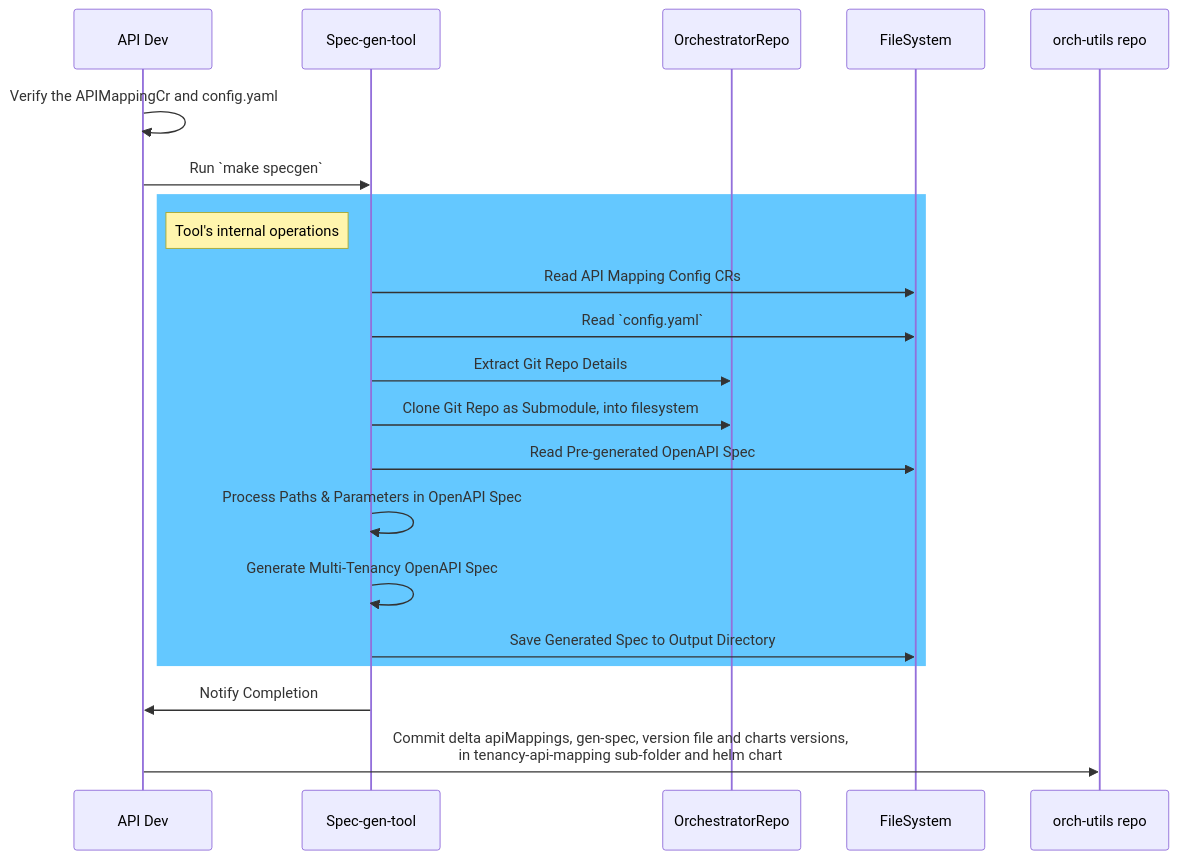
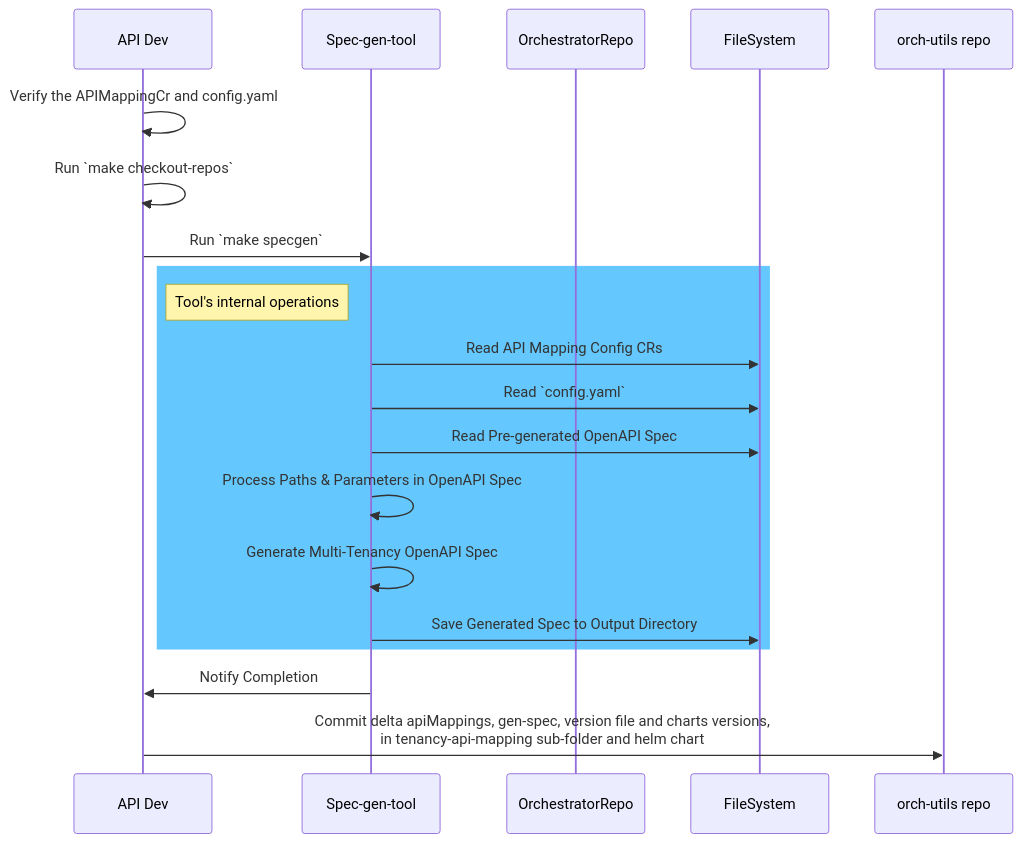
The diagram in tenancy-api-mapping/README.md (xmen4xp/orch-utils), drawn with Mermaid before and after one commit. The commit also changed other lines of this file and 43 other files, not shown here.

Commit message:
fix: change tenancy-api-mapping to use Makefile for git functionality (#100)

````diff
--- a/tenancy-api-mapping/README.md
+++ b/tenancy-api-mapping/README.md
@@ -139,25 +113,24 @@
 ```mermaid
 sequenceDiagram
     participant API Dev
     participant Spec-gen-tool
     participant OrchestratorRepo
     participant FileSystem
     participant orch-utils repo
 
     API Dev->>API Dev: Verify the APIMappingCr and config.yaml
+    API Dev->>API Dev: Run `make checkout-repos`
     API Dev->>Spec-gen-tool: Run `make specgen`
     rect rgb(100, 200, 255)
     note left of Spec-gen-tool: Tool's internal operations
       Spec-gen-tool->>FileSystem: Read API Mapping Config CRs
       Spec-gen-tool->>FileSystem: Read `config.yaml`
-      Spec-gen-tool->>OrchestratorRepo: Extract Git Repo Details
-      Spec-gen-tool->>OrchestratorRepo: Clone Git Repo as Submodule, into filesystem
       Spec-gen-tool->>FileSystem: Read Pre-generated OpenAPI Spec
       Spec-gen-tool->>Spec-gen-tool: Process Paths & Parameters in OpenAPI Spec
       Spec-gen-tool->>Spec-gen-tool: Generate Multi-Tenancy OpenAPI Spec
       Spec-gen-tool->>FileSystem: Save Generated Spec to Output Directory
     end
     Spec-gen-tool->>API Dev: Notify Completion
     API Dev->>orch-utils repo: Commit delta apiMappings, gen-spec, version file and charts versions, <br> in tenancy-api-mapping sub-folder and helm chart
 
 ```
````
